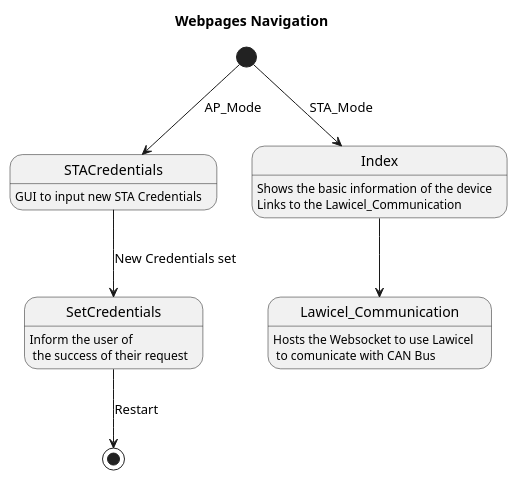
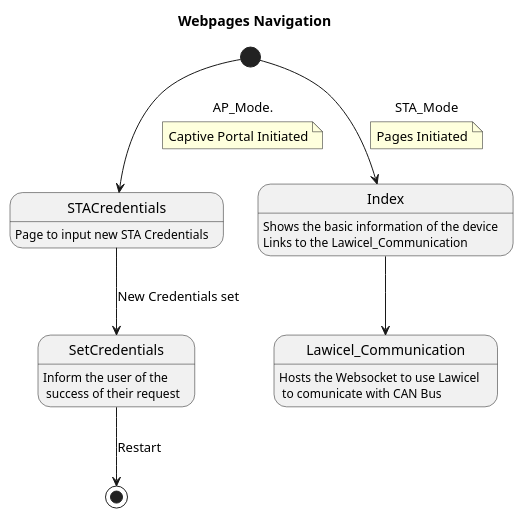
The diagram in Coding/fw/doc/design/Architecture_Webpages.plantuml (NewTec-GmbH/esp32-can-iot), drawn with PlantUML before and after one commit.

Commit message:
Webpages architecture updated

```diff
--- a/Coding/fw/doc/design/Architecture_Webpages.plantuml
+++ b/Coding/fw/doc/design/Architecture_Webpages.plantuml
@@ -1,19 +1,26 @@
 @startuml
 
 Title Webpages Navigation
 
-STACredentials : GUI to input new STA Credentials
-SetCredentials : Inform the user of\n the success of their request
+STACredentials : Page to input new STA Credentials
+SetCredentials : Inform the user of the \n success of their request
 Index : Shows the basic information of the device
 Index : Links to the Lawicel_Communication
 Lawicel_Communication : Hosts the Websocket to use Lawicel \n to comunicate with CAN Bus
 
-[*] --> STACredentials : AP_Mode
+[*] --> STACredentials : AP_Mode.
+note on link 
+    Captive Portal Initiated
+end note
+
 STACredentials --> SetCredentials : New Credentials set
 SetCredentials --> [*] : Restart
 
 
 [*] --> Index : STA_Mode
+note on link 
+    Pages Initiated
+end note
 Index --> Lawicel_Communication
 
 @enduml
```
